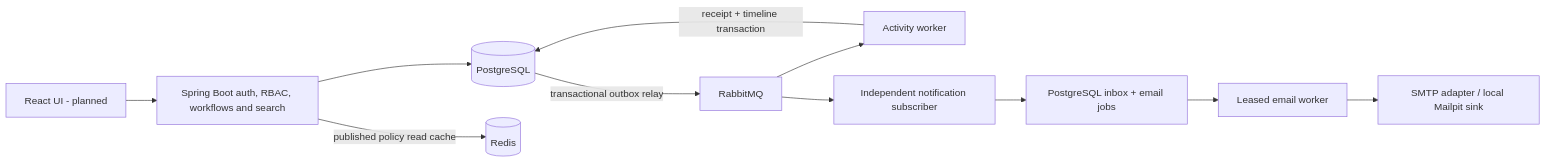
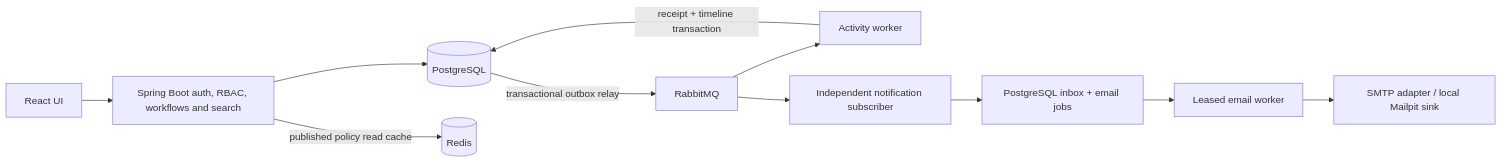
The diagram in README.md (sagarbagwe/gateflow), drawn with Mermaid before and after one commit. The commit also changed other lines of this file and 10 other files, not shown here.

````diff
--- a/README.md
+++ b/README.md
@@ -49,13 +49,13 @@
 ```mermaid
 flowchart LR
-    Browser[React UI - planned] --> API[Spring Boot auth, RBAC, workflows and search]
+    Browser[React UI] --> API[Spring Boot auth, RBAC, workflows and search]
     API --> DB[(PostgreSQL)]
     API -- published policy read cache --> Redis[(Redis)]
     DB -- transactional outbox relay --> Queue[RabbitMQ]
     Queue --> Worker[Activity worker]
     Worker -- receipt + timeline transaction --> DB
     Queue --> Notify[Independent notification subscriber]
     Notify --> Jobs[PostgreSQL inbox + email jobs]
     Jobs --> Email[Leased email worker]
     Email --> Mail[SMTP adapter / local Mailpit sink]
 ```
````
